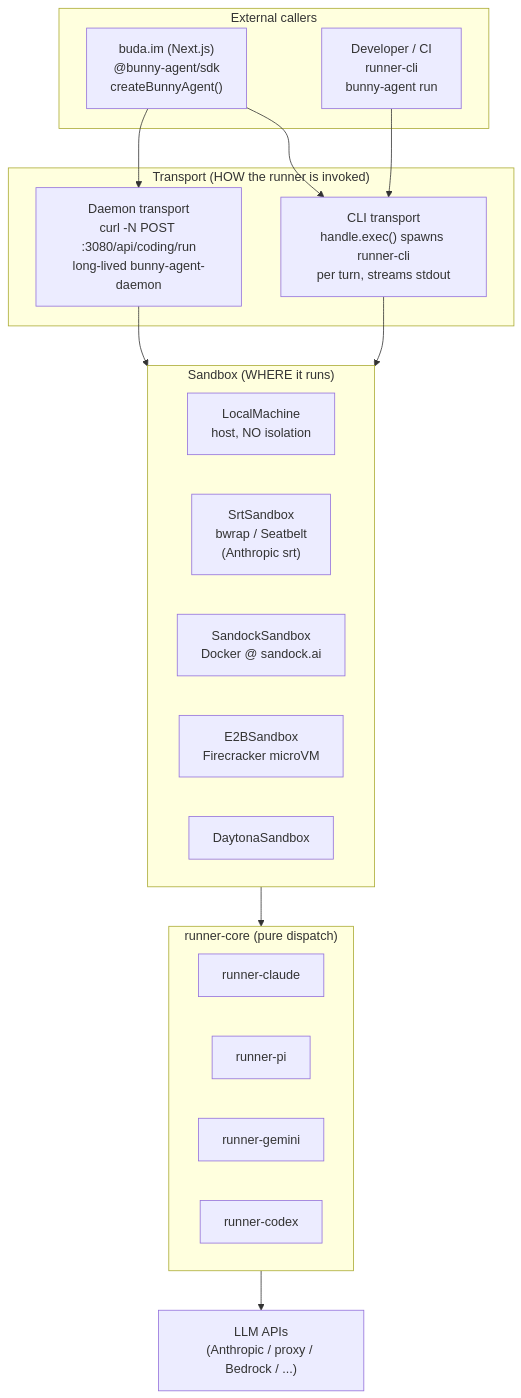
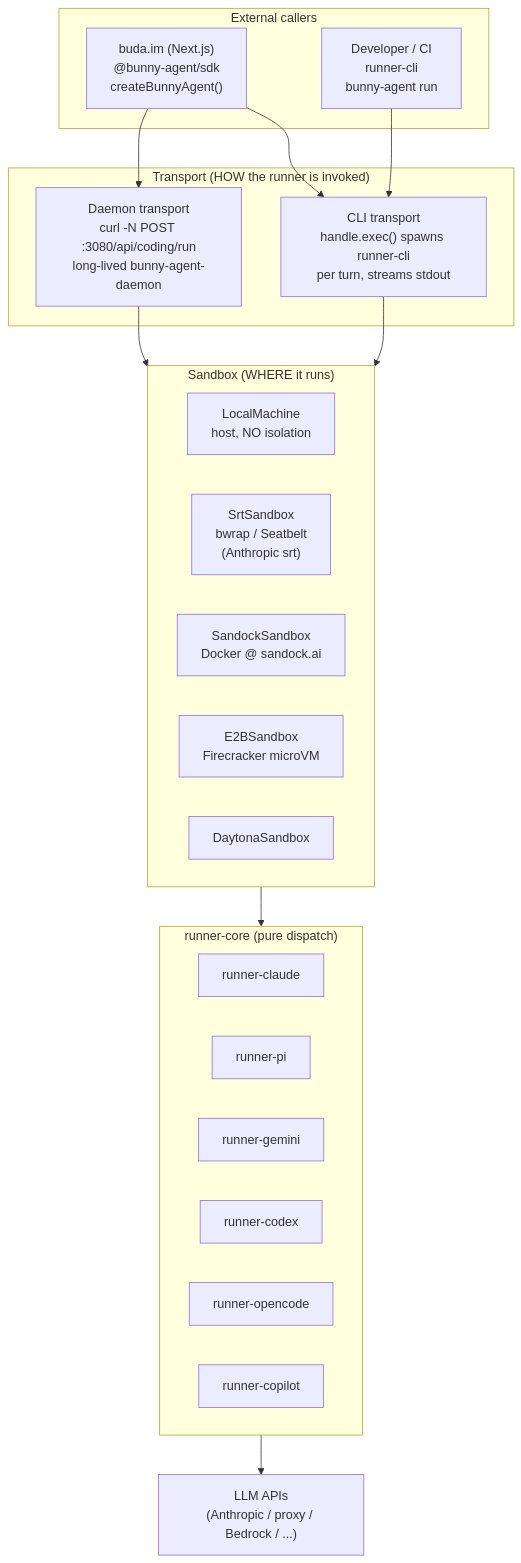
The first of 2 diagrams in docs/ARCHITECTURE.md (buda-ai/bunny-agent), drawn with Mermaid before and after one commit. The commit also changed other lines of this file and 43 other files, not shown here.

Commit message:
Upgrade agent runtimes and add Copilot runner (#379)

````diff
--- a/docs/ARCHITECTURE.md
+++ b/docs/ARCHITECTURE.md
@@ -5,35 +5,37 @@
 ```mermaid
 flowchart TB
     subgraph callers["External callers"]
         buda["buda.im (Next.js)<br/>@bunny-agent/sdk<br/>createBunnyAgent()"]
         dev["Developer / CI<br/>runner-cli<br/>bunny-agent run"]
     end
 
     subgraph transports["Transport (HOW the runner is invoked)"]
         cli["CLI transport<br/>handle.exec() spawns runner-cli<br/>per turn, streams stdout"]
         daemon["Daemon transport<br/>curl -N POST :3080/api/coding/run<br/>long-lived bunny-agent-daemon"]
     end
 
     subgraph sandboxes["Sandbox (WHERE it runs)"]
         local["LocalMachine<br/>host, NO isolation"]
         srt["SrtSandbox<br/>bwrap / Seatbelt<br/>(Anthropic srt)"]
         sandock["SandockSandbox<br/>Docker @ sandock.ai"]
         e2b["E2BSandbox<br/>Firecracker microVM"]
         daytona["DaytonaSandbox"]
     end
 
     subgraph runners["runner-core (pure dispatch)"]
         rc["runner-claude"]
         rp["runner-pi"]
         rg["runner-gemini"]
         rx["runner-codex"]
+        ro["runner-opencode"]
+        rcp["runner-copilot"]
     end
 
     buda --> cli
     buda --> daemon
     dev --> cli
     cli --> sandboxes
     daemon --> sandboxes
     sandboxes --> runners
     runners --> llm["LLM APIs<br/>(Anthropic / proxy / Bedrock / ...)"]
 ```
````
